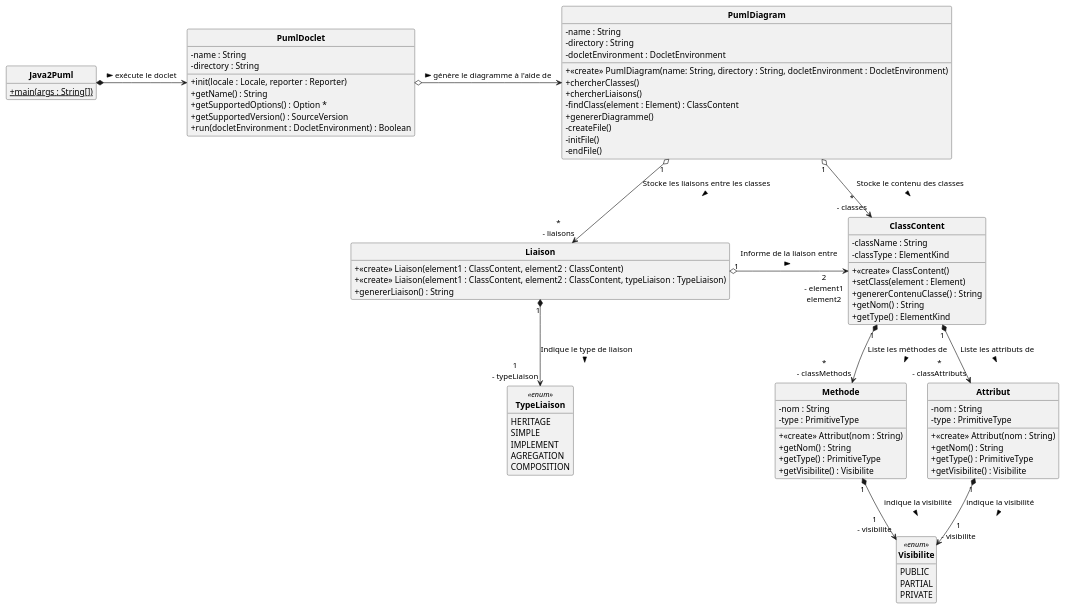
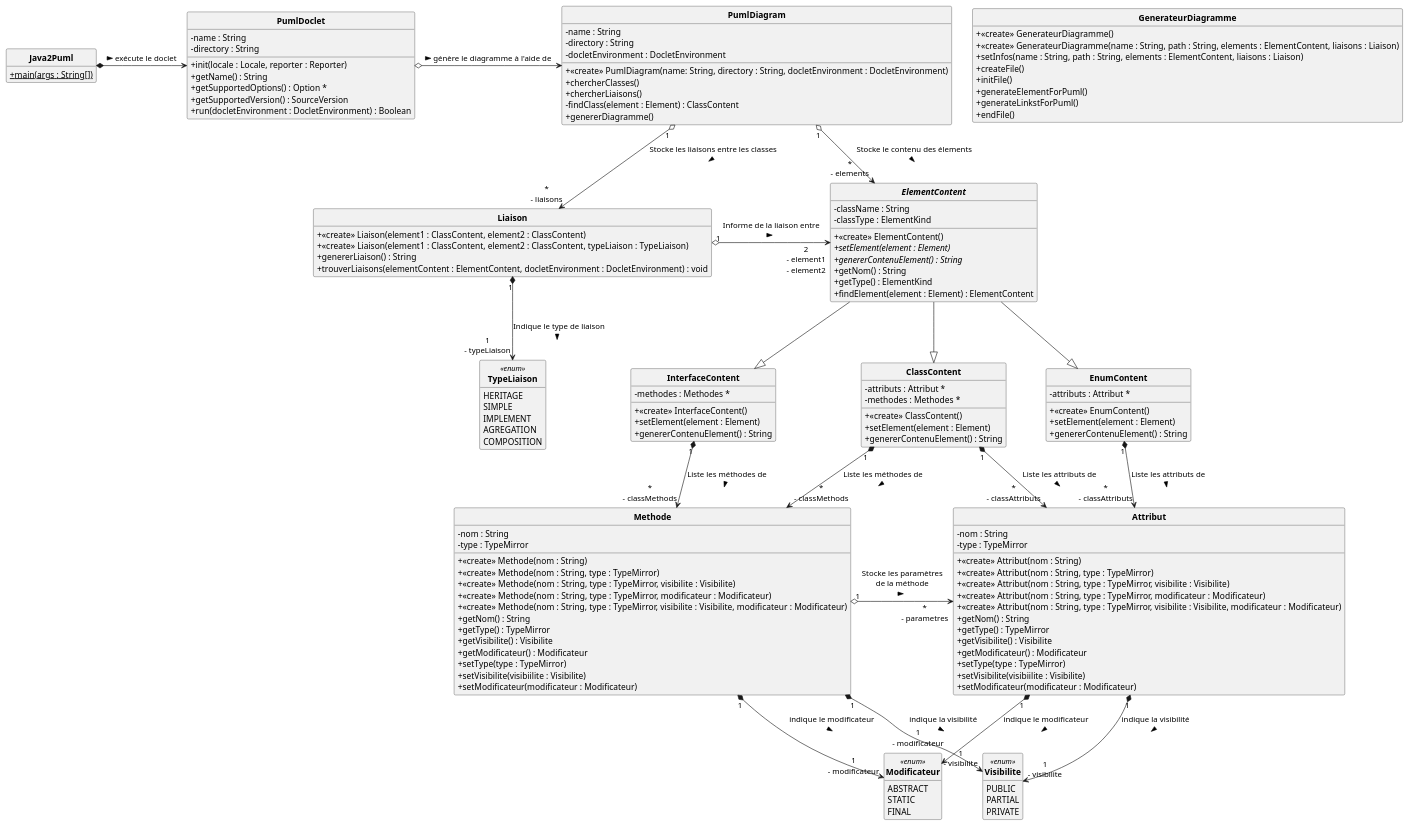
One commit to DimToups/Java-to-PUML-converter changed the diagram in uml/pumlFromJavaDCC.puml. Above: the diagram before and after it, drawn with PlantUML. The commit also changed 7 other files, not shown here.

Commit message:
[Semaine4] Modification du DCC pour l'ajout de la classe abstraite 'ElementContent'

```diff
--- a/uml/pumlFromJavaDCC.puml
+++ b/uml/pumlFromJavaDCC.puml
@@ -1,89 +1,146 @@
 @startuml
 'https://plantuml.com/class-diagram
 
 skinparam style strictuml
 skinparam classAttributeIconSize 0
 skinparam classFontStyle Bold
 
 hide empty members
 
 class Java2Puml{
     + main(args : String[]) {static}
 }
 class PumlDoclet{
     - name : String
     - directory : String
     + init(locale : Locale, reporter : Reporter)
     + getName() : String
     + getSupportedOptions() : Option *
     + getSupportedVersion() : SourceVersion
     + run(docletEnvironment : DocletEnvironment) : Boolean
 }
 class PumlDiagram{
     - name : String
     - directory : String
     - docletEnvironment : DocletEnvironment
     + <<create>> PumlDiagram(name: String, directory : String, docletEnvironment : DocletEnvironment)
     + chercherClasses()
     + chercherLiaisons()
     - findClass(element : Element) : ClassContent
     + genererDiagramme()
-    - createFile()
-    - initFile()
-    - endFile()
+}
+abstract class ElementContent{
+    - className : String
+    - classType : ElementKind
+    + <<create>> ElementContent()
+    + setElement(element : Element) {abstract}
+    + genererContenuElement() : String {abstract}
+    + getNom() : String
+    + getType() : ElementKind
+    + findElement(element : Element) : ElementContent
+}
+class EnumContent{
+    - attributs : Attribut *
+    + <<create>> EnumContent()
+    + setElement(element : Element)
+    + genererContenuElement() : String
 }
 class ClassContent{
-    - className : String
-    - classType : ElementKind
+    - attributs : Attribut *
+    - methodes : Methodes *
     + <<create>> ClassContent()
-    + setClass(element : Element)
-    + genererContenuClasse() : String
-    + getNom() : String
-    + getType() : ElementKind
+    + setElement(element : Element)
+    + genererContenuElement() : String
+}
+class InterfaceContent{
+    - methodes : Methodes *
+    + <<create>> InterfaceContent()
+    + setElement(element : Element)
+    + genererContenuElement() : String
 }
 class Attribut{
     - nom : String
-    - type : PrimitiveType
+    - type : TypeMirror
     + <<create>> Attribut(nom : String)
+    + <<create>> Attribut(nom : String, type : TypeMirror)
+    + <<create>> Attribut(nom : String, type : TypeMirror, visibilite : Visibilite)
+    + <<create>> Attribut(nom : String, type : TypeMirror, modificateur : Modificateur)
+    + <<create>> Attribut(nom : String, type : TypeMirror, visibilite : Visibilite, modificateur : Modificateur)
     + getNom() : String
-    + getType() : PrimitiveType
+    + getType() : TypeMirror
     + getVisibilite() : Visibilite
+    + getModificateur() : Modificateur
+    + setType(type : TypeMirror)
+    + setVisibilite(visibiilite : Visibilite)
+    + setModificateur(modificateur : Modificateur)
 }
 class Methode{
     - nom : String
-    - type : PrimitiveType
-    + <<create>> Attribut(nom : String)
-    + getNom() : String
-    + getType() : PrimitiveType
-    + getVisibilite() : Visibilite
+        - type : TypeMirror
+        + <<create>> Methode(nom : String)
+        + <<create>> Methode(nom : String, type : TypeMirror)
+        + <<create>> Methode(nom : String, type : TypeMirror, visibilite : Visibilite)
+        + <<create>> Methode(nom : String, type : TypeMirror, modificateur : Modificateur)
+        + <<create>> Methode(nom : String, type : TypeMirror, visibilite : Visibilite, modificateur : Modificateur)
+        + getNom() : String
+        + getType() : TypeMirror
+        + getVisibilite() : Visibilite
+        + getModificateur() : Modificateur
+        + setType(type : TypeMirror)
+        + setVisibilite(visibiilite : Visibilite)
+        + setModificateur(modificateur : Modificateur)
+}
+enum Modificateur <<enum>>{
+    ABSTRACT
+    STATIC
+    FINAL
 }
 class Liaison{
     + <<create>> Liaison(element1 : ClassContent, element2 : ClassContent)
     + <<create>> Liaison(element1 : ClassContent, element2 : ClassContent, typeLiaison : TypeLiaison)
     + genererLiaison() : String
+    + trouverLiaisons(elementContent : ElementContent, docletEnvironment : DocletEnvironment) : void
 }
 enum TypeLiaison <<enum>>{
     HERITAGE
     SIMPLE
     IMPLEMENT
     AGREGATION
     COMPOSITION
 }
 enum Visibilite <<enum>>{
     PUBLIC
     PARTIAL
     PRIVATE
 }
+class GenerateurDiagramme{
+    + <<create>> GenerateurDiagramme()
+    + <<create>> GenerateurDiagramme(name : String, path : String, elements : ElementContent, liaisons : Liaison)
+    + setInfos(name : String, path : String, elements : ElementContent, liaisons : Liaison)
+    + createFile()
+    + initFile()
+    + generateElementForPuml()
+    + generateLinkstForPuml()
+    + endFile()
+}
 
 Java2Puml *-> PumlDoclet : > exécute le doclet
 PumlDoclet o-> PumlDiagram : > génère le diagramme à l'aide de
-PumlDiagram "1" o-> "*\n- classes" ClassContent : Stocke le contenu des classes\n >
+PumlDiagram "1" o-> "*\n- elements" ElementContent : Stocke le contenu des élements\n >
 PumlDiagram "1" o--> "*\n- liaisons" Liaison : Stocke les liaisons entre les classes\n >
+ElementContent --|> ClassContent
+ElementContent --|> EnumContent
+ElementContent --|> InterfaceContent
 ClassContent "1" *--> "*\n- classAttributs" Attribut : Liste les attributs de\n >
 ClassContent "1" *--> "*\n- classMethods" Methode : Liste les méthodes de\n >
+EnumContent "1" *--> "*\n- classAttributs" Attribut : Liste les attributs de\n >
+InterfaceContent "1" *--> "*\n- classMethods" Methode : Liste les méthodes de\n >
 Attribut "1" *--> "1\n- visibilite" Visibilite : indique la visibilité\n >
 Methode "1" *--> "1\n- visibilite" Visibilite : indique la visibilité\n >
-Liaison "1" o-> "2\n- element1\nelement2" ClassContent : Informe de la liaison entre\n >
+Attribut "1" *--> "1\n- modificateur" Modificateur : indique le modificateur\n >
+Methode "1" *--> "1\n- modificateur" Modificateur : indique le modificateur\n >
+Methode "1" o-> "*\n- parametres" Attribut : Stocke les paramètres\nde la méthode\n >
+Liaison "1" o-> "2\n- element1\n- element2" ElementContent : Informe de la liaison entre\n >
 Liaison "1" *--> "1\n- typeLiaison" TypeLiaison : Indique le type de liaison\n >
 
 @enduml
```
